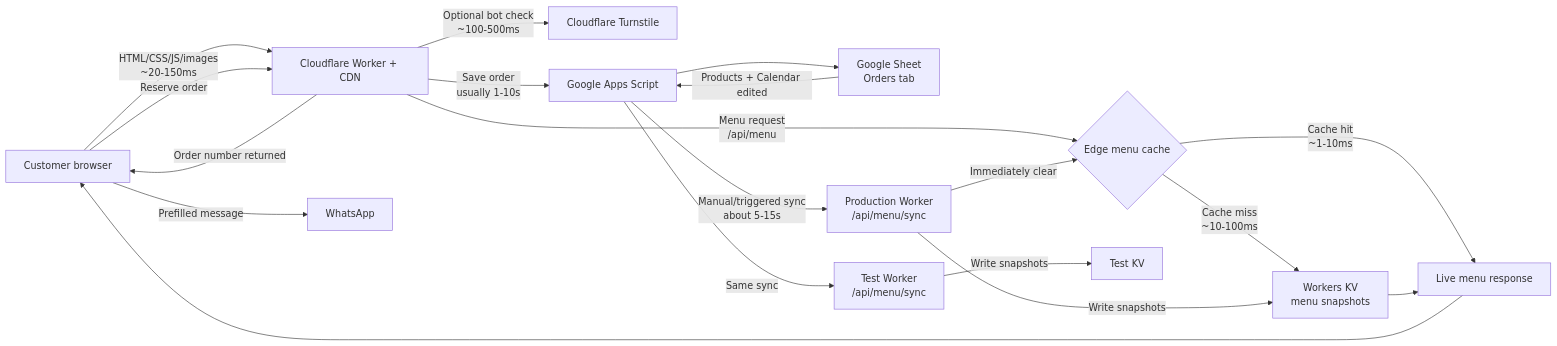
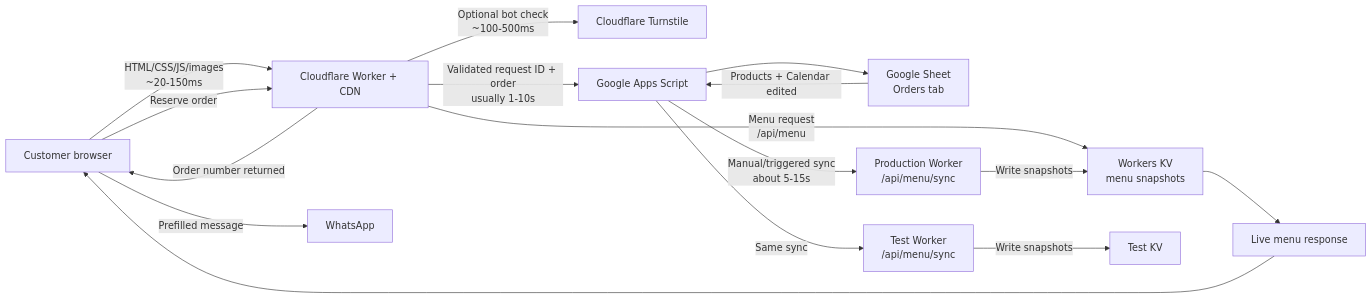
The diagram in docs/architecture.md (jaymaa-creator/swirl-bakes), drawn with Mermaid before and after one commit. The commit also changed other lines of this file and 74 other files, not shown here.

````diff
--- a/docs/architecture.md
+++ b/docs/architecture.md
@@ -3,24 +3,21 @@
 ```mermaid
 flowchart LR
   U[Customer browser] -->|HTML/CSS/JS/images\n~20-150ms| CF[Cloudflare Worker + CDN]
 
-  CF -->|Menu request\n/api/menu| EC{Edge menu cache}
-  EC -->|Cache hit\n~1-10ms| M[Live menu response]
-  EC -->|Cache miss\n~10-100ms| KV[Workers KV\nmenu snapshots]
-  KV --> M
+  CF -->|Menu request\n/api/menu| KV[Workers KV\nmenu snapshots]
+  KV --> M[Live menu response]
   M --> U
 
   U -->|Reserve order| CF
   CF -->|Optional bot check\n~100-500ms| T[Cloudflare Turnstile]
-  CF -->|Save order\nusually 1-10s| AS[Google Apps Script]
+  CF -->|Validated request ID + order\nusually 1-10s| AS[Google Apps Script]
   AS --> GS[Google Sheet\nOrders tab]
   CF -->|Order number returned| U
   U -->|Prefilled message| WA[WhatsApp]
 
   GS -->|Products + Calendar edited| AS
   AS -->|Manual/triggered sync\nabout 5-15s| P[Production Worker\n/api/menu/sync]
   AS -->|Same sync| Q[Test Worker\n/api/menu/sync]
   P -->|Write snapshots| KV
   Q -->|Write snapshots| KVT[Test KV]
-  P -->|Immediately clear| EC
 ```
````
